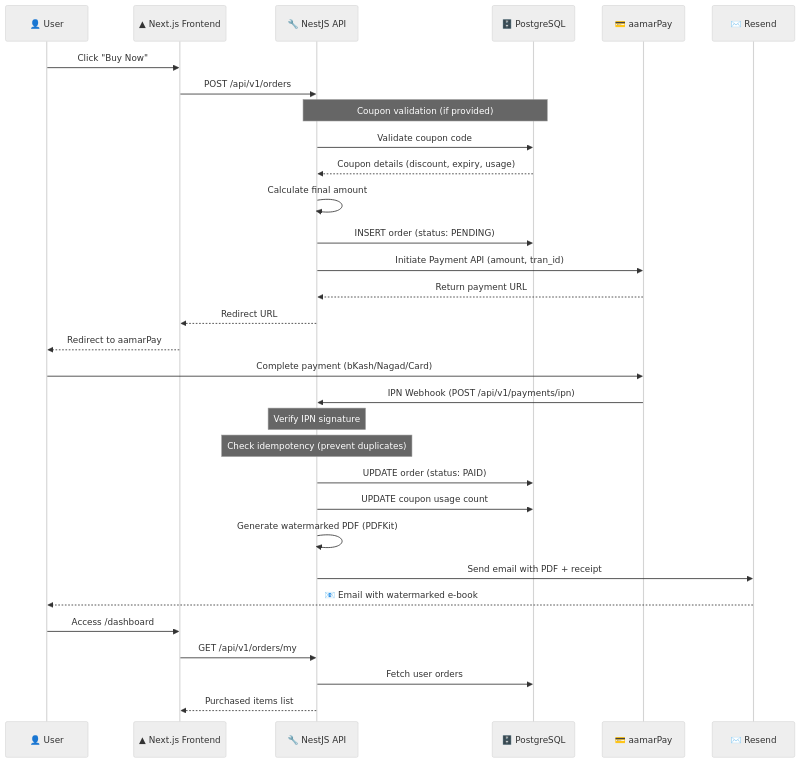
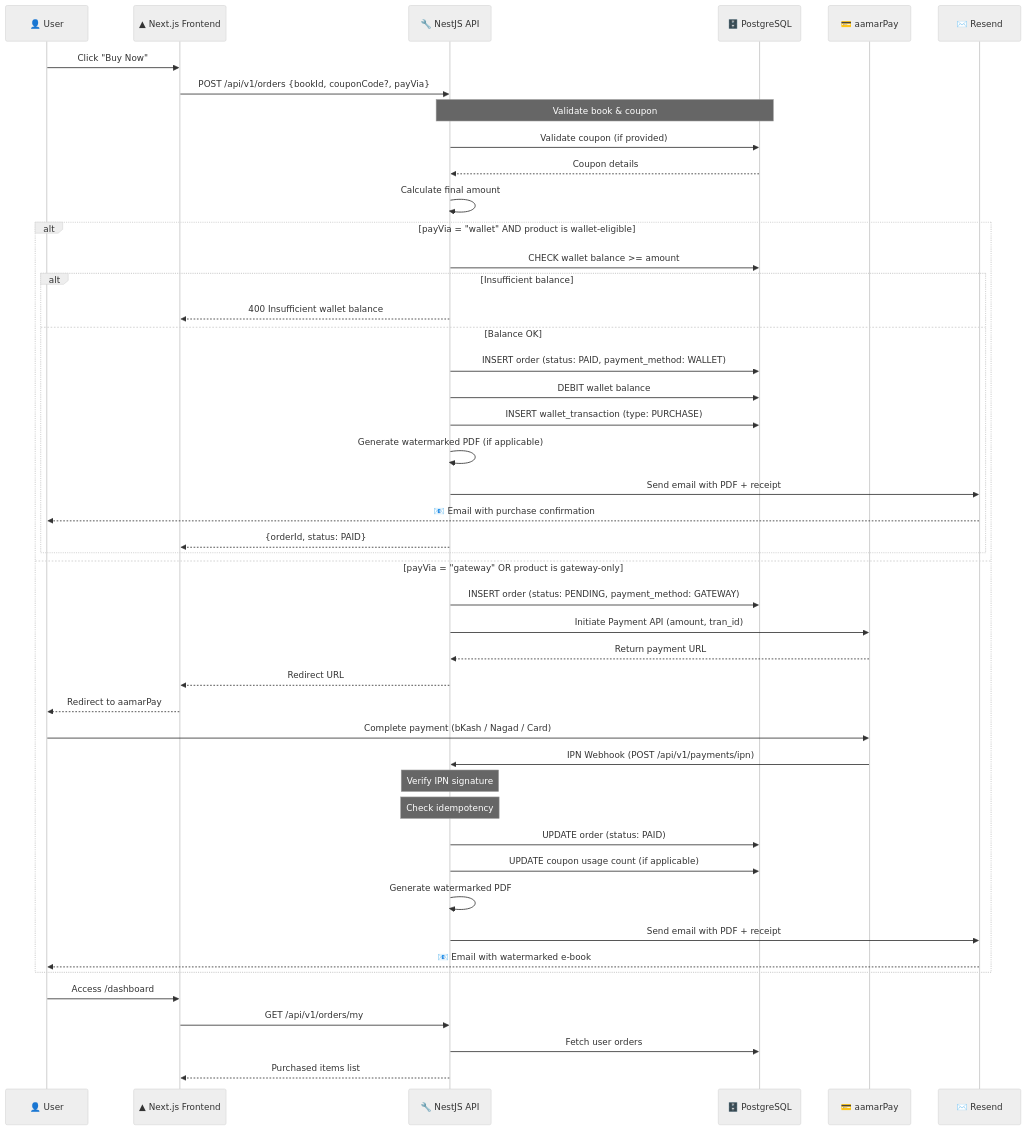
One commit to SagarBiswas-MultiHAT/academy changed the diagram in diagrams/02-payment-flow.md. Above: the diagram before and after it, drawn with Mermaid (neutral theme). The commit also changed other lines of this file and 15 other files, not shown here.

Commit message:
docs: add architectural diagrams, visual assets, and update project documentation

````diff
--- a/diagrams/02-payment-flow.md
+++ b/diagrams/02-payment-flow.md
@@ -5,40 +5,55 @@
 ```mermaid
 sequenceDiagram
     participant U as 👤 User
     participant F as ▲ Next.js Frontend
     participant A as 🔧 NestJS API
     participant DB as 🗄️ PostgreSQL
     participant P as 💳 aamarPay
     participant E as ✉️ Resend
 
     U->>F: Click "Buy Now"
-    F->>A: POST /api/v1/orders
-    
-    Note over A,DB: Coupon validation (if provided)
-    A->>DB: Validate coupon code
-    DB-->>A: Coupon details (discount, expiry, usage)
+    F->>A: POST /api/v1/orders {bookId, couponCode?, payVia}
+
+    Note over A,DB: Validate book & coupon
+    A->>DB: Validate coupon (if provided)
+    DB-->>A: Coupon details
     A->>A: Calculate final amount
 
-    A->>DB: INSERT order (status: PENDING)
-    A->>P: Initiate Payment API (amount, tran_id)
-    P-->>A: Return payment URL
-    A-->>F: Redirect URL
-    F-->>U: Redirect to aamarPay
+    alt payVia = "wallet" AND product is wallet-eligible
+        A->>DB: CHECK wallet balance >= amount
+        alt Insufficient balance
+            A-->>F: 400 Insufficient wallet balance
+        else Balance OK
+            A->>DB: INSERT order (status: PAID, payment_method: WALLET)
+            A->>DB: DEBIT wallet balance
+            A->>DB: INSERT wallet_transaction (type: PURCHASE)
+            A->>A: Generate watermarked PDF (if applicable)
+            A->>E: Send email with PDF + receipt
+            E-->>U: 📧 Email with purchase confirmation
+            A-->>F: {orderId, status: PAID}
+        end
+    else payVia = "gateway" OR product is gateway-only
+        A->>DB: INSERT order (status: PENDING, payment_method: GATEWAY)
+        A->>P: Initiate Payment API (amount, tran_id)
+        P-->>A: Return payment URL
+        A-->>F: Redirect URL
+        F-->>U: Redirect to aamarPay
 
-    U->>P: Complete payment (bKash/Nagad/Card)
+        U->>P: Complete payment (bKash / Nagad / Card)
 
-    P->>A: IPN Webhook (POST /api/v1/payments/ipn)
-    Note over A: Verify IPN signature
-    Note over A: Check idempotency (prevent duplicates)
-    A->>DB: UPDATE order (status: PAID)
-    A->>DB: UPDATE coupon usage count
+        P->>A: IPN Webhook (POST /api/v1/payments/ipn)
+        Note over A: Verify IPN signature
+        Note over A: Check idempotency
+        A->>DB: UPDATE order (status: PAID)
+        A->>DB: UPDATE coupon usage count (if applicable)
 
-    A->>A: Generate watermarked PDF (PDFKit)
-    A->>E: Send email with PDF + receipt
-    E-->>U: 📧 Email with watermarked e-book
+        A->>A: Generate watermarked PDF
+        A->>E: Send email with PDF + receipt
+        E-->>U: 📧 Email with watermarked e-book
+    end
 
     U->>F: Access /dashboard
     F->>A: GET /api/v1/orders/my
     A->>DB: Fetch user orders
     A-->>F: Purchased items list
 ```
````
